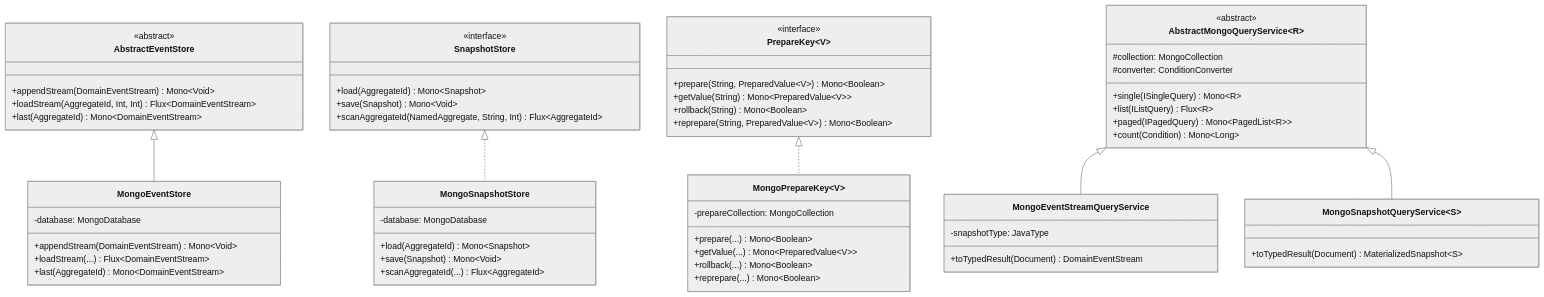
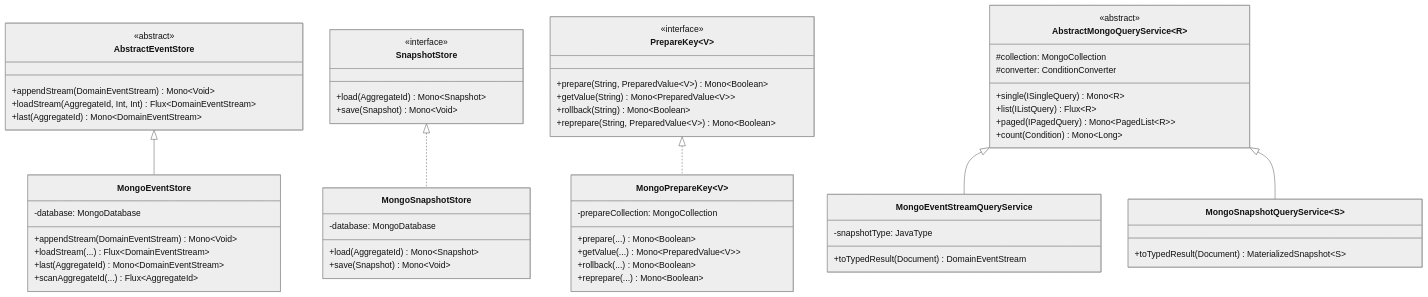
One commit to Ahoo-Wang/Wow changed the third of 3 diagrams in documentation/docs/en/guide/extensions/mongo.md. Above: the diagram before and after it, drawn with Mermaid (neutral theme). The commit also changed 45 other files, not shown here.

Commit message:
feat: scan aggregate ids with event store

````diff
--- a/documentation/docs/en/guide/extensions/mongo.md
+++ b/documentation/docs/en/guide/extensions/mongo.md
@@ -402,73 +402,72 @@
 ```mermaid
 classDiagram
     direction TB
 
     class AbstractEventStore {
         <<abstract>>
         +appendStream(DomainEventStream) Mono~Void~
         +loadStream(AggregateId, Int, Int) Flux~DomainEventStream~
         +last(AggregateId) Mono~DomainEventStream~
     }
 
     class MongoEventStore {
         -database: MongoDatabase
         +appendStream(DomainEventStream) Mono~Void~
         +loadStream(...) Flux~DomainEventStream~
         +last(AggregateId) Mono~DomainEventStream~
+        +scanAggregateId(...) Flux~AggregateId~
     }
 
     class SnapshotStore {
         <<interface>>
         +load(AggregateId) Mono~Snapshot~
         +save(Snapshot) Mono~Void~
-        +scanAggregateId(NamedAggregate, String, Int) Flux~AggregateId~
     }
 
     class MongoSnapshotStore {
         -database: MongoDatabase
         +load(AggregateId) Mono~Snapshot~
         +save(Snapshot) Mono~Void~
-        +scanAggregateId(...) Flux~AggregateId~
     }
 
     class PrepareKey~V~ {
         <<interface>>
         +prepare(String, PreparedValue~V~) Mono~Boolean~
         +getValue(String) Mono~PreparedValue~V~~
         +rollback(String) Mono~Boolean~
         +reprepare(String, PreparedValue~V~) Mono~Boolean~
     }
 
     class MongoPrepareKey~V~ {
         -prepareCollection: MongoCollection
         +prepare(...) Mono~Boolean~
         +getValue(...) Mono~PreparedValue~V~~
         +rollback(...) Mono~Boolean~
         +reprepare(...) Mono~Boolean~
     }
 
     class AbstractMongoQueryService~R~ {
         <<abstract>>
         #collection: MongoCollection
         #converter: ConditionConverter
         +single(ISingleQuery) Mono~R~
         +list(IListQuery) Flux~R~
         +paged(IPagedQuery) Mono~PagedList~R~~
         +count(Condition) Mono~Long~
     }
 
     class MongoEventStreamQueryService {
         -snapshotType: JavaType
         +toTypedResult(Document) DomainEventStream
     }
 
     class MongoSnapshotQueryService~S~ {
         +toTypedResult(Document) MaterializedSnapshot~S~
     }
 
     AbstractEventStore <|-- MongoEventStore
     SnapshotStore <|.. MongoSnapshotStore
     PrepareKey <|.. MongoPrepareKey
     AbstractMongoQueryService <|-- MongoEventStreamQueryService
     AbstractMongoQueryService <|-- MongoSnapshotQueryService
 ```
````
